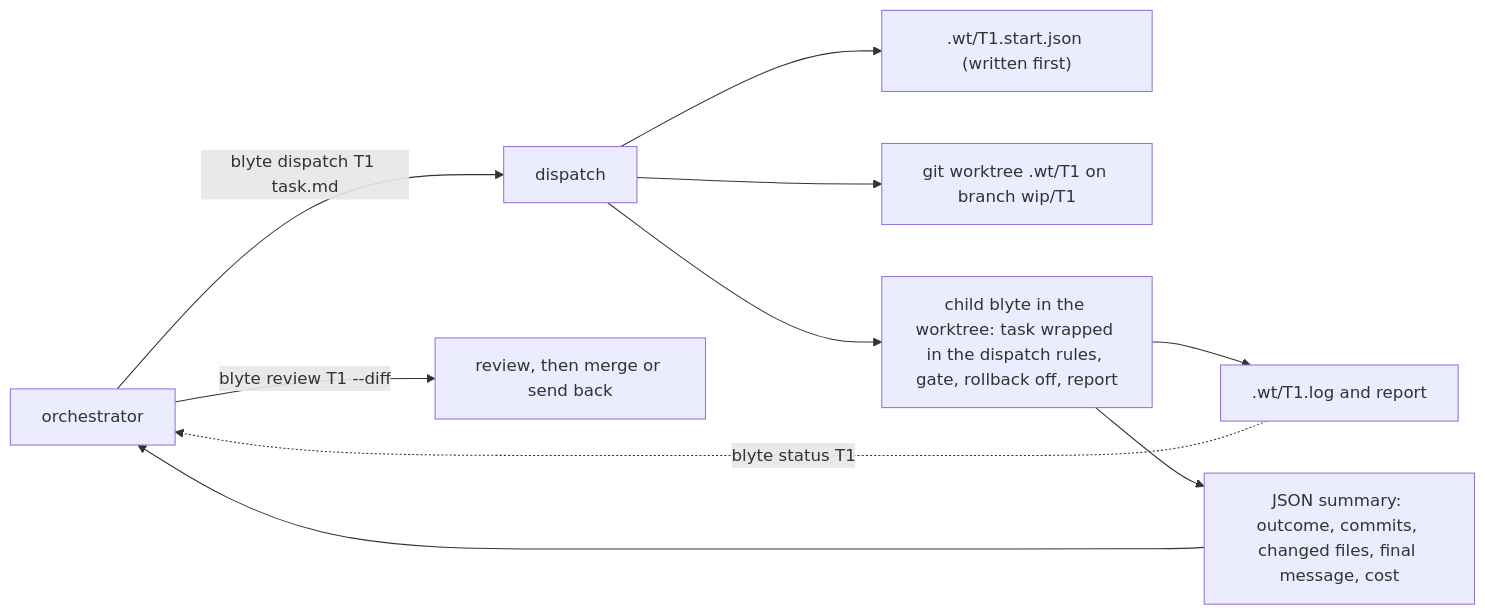
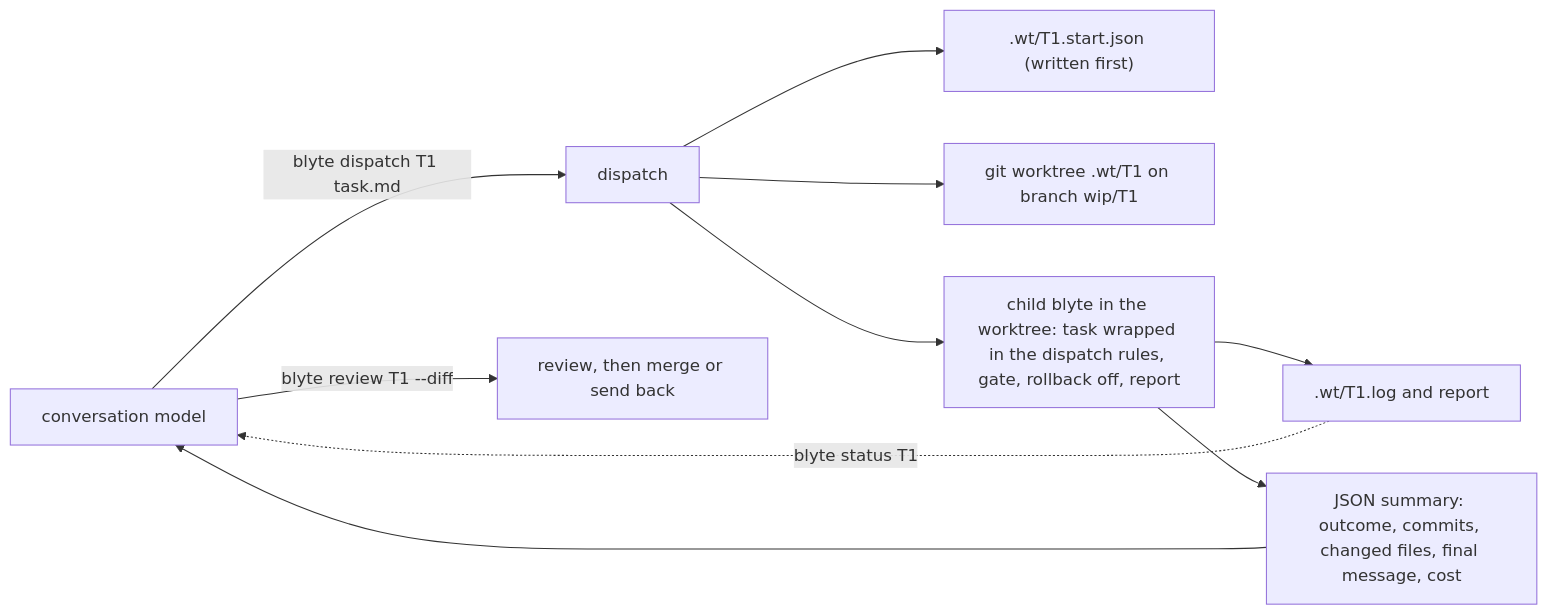
One commit to dnf0/blyte changed the fourth of 4 diagrams in docs/architecture.md. Above: the diagram before and after it, drawn with Mermaid. The commit also changed other lines of this file and 75 other files, not shown here.

First line of the commit message:
feat: rename the orchestrator to the conversation model

````diff
--- a/docs/architecture.md
+++ b/docs/architecture.md
@@ -303,12 +303,12 @@
 ```mermaid
 flowchart LR
-    o["orchestrator"] -->|"blyte dispatch T1 task.md"| d["dispatch"]
+    o["conversation model"] -->|"blyte dispatch T1 task.md"| d["dispatch"]
     d --> start[".wt/T1.start.json (written first)"]
     d --> wt["git worktree .wt/T1 on branch wip/T1"]
     d --> child["child blyte in the worktree: task wrapped in the dispatch rules, gate, rollback off, report"]
     child --> log[".wt/T1.log and report"]
     child --> sum["JSON summary: outcome, commits, changed files, final message, cost"]
     sum --> o
     log -.->|"blyte status T1"| o
     o -->|"blyte review T1 --diff"| rev["review, then merge or send back"]
 ```
````
